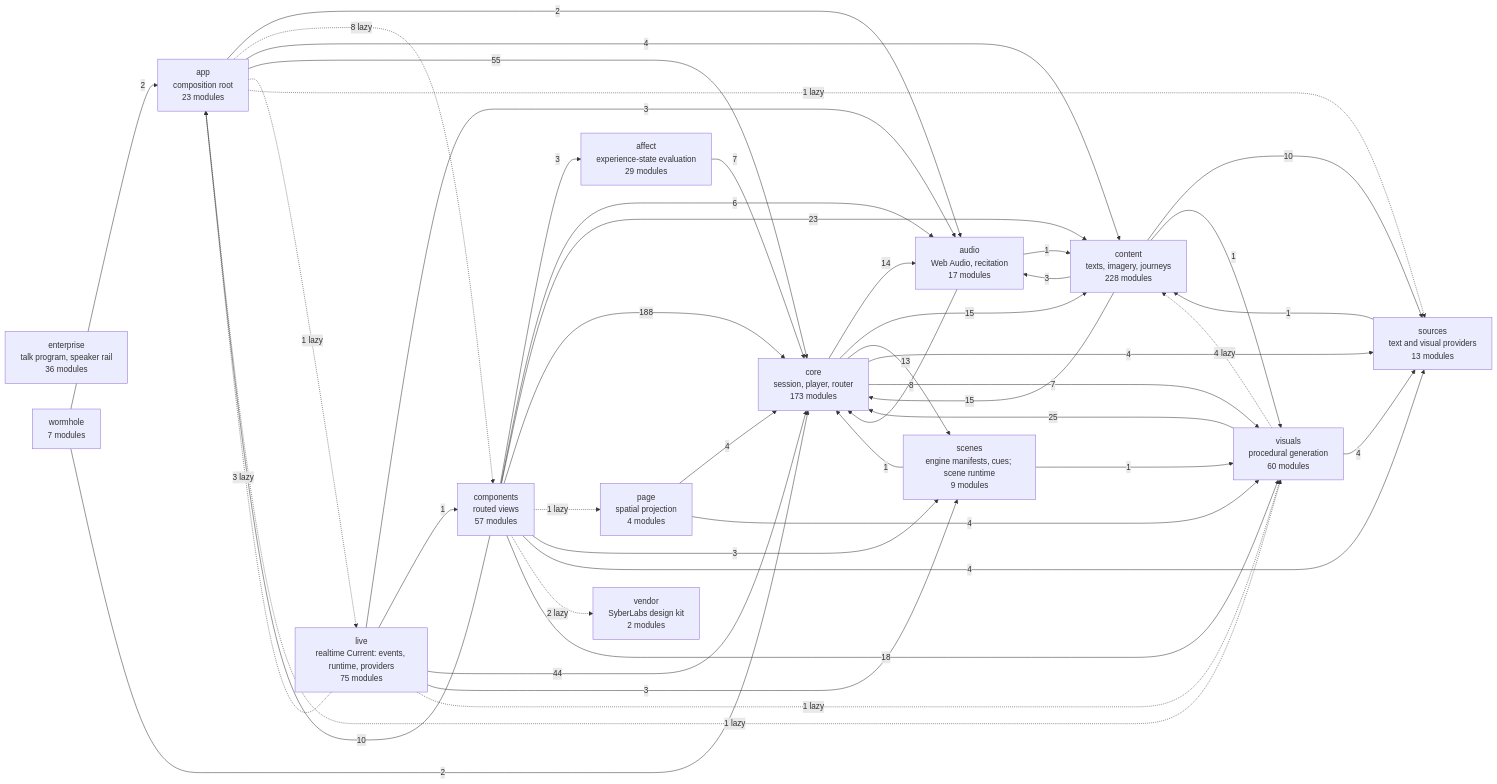
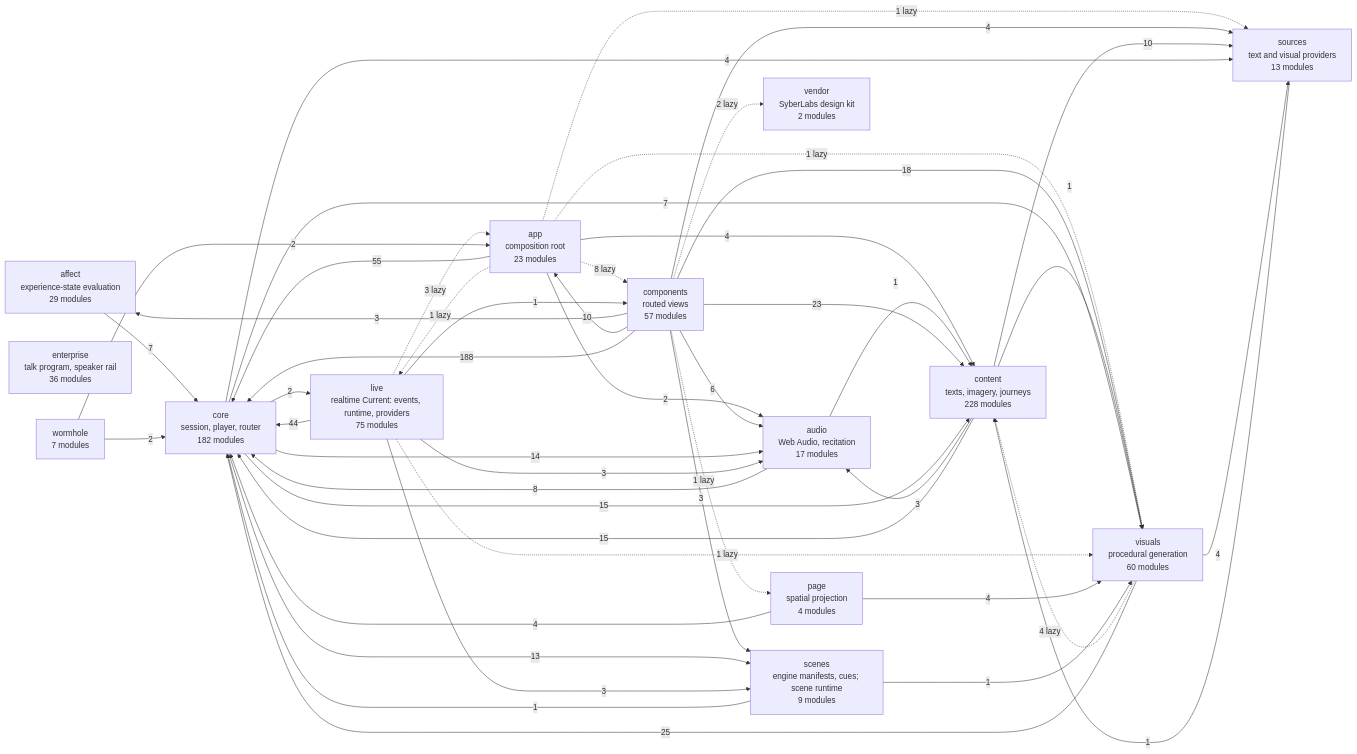
Before and after one commit to SyberLabs/RISE: the diagram in docs/specs/ARCHITECTURE.md, drawn with Mermaid. The commit also changed 28 other files, not shown here.

````diff
--- a/docs/specs/ARCHITECTURE.md
+++ b/docs/specs/ARCHITECTURE.md
@@ -161,63 +161,64 @@
 ```mermaid
 flowchart LR
     affect["affect<br/>experience-state evaluation<br/>29 modules"]
     app["app<br/>composition root<br/>23 modules"]
     audio["audio<br/>Web Audio, recitation<br/>17 modules"]
     components["components<br/>routed views<br/>57 modules"]
     content["content<br/>texts, imagery, journeys<br/>228 modules"]
-    core["core<br/>session, player, router<br/>173 modules"]
+    core["core<br/>session, player, router<br/>182 modules"]
     enterprise["enterprise<br/>talk program, speaker rail<br/>36 modules"]
     live["live<br/>realtime Current: events, runtime, providers<br/>75 modules"]
     page["page<br/>spatial projection<br/>4 modules"]
     scenes["scenes<br/>engine manifests, cues; scene runtime<br/>9 modules"]
     sources["sources<br/>text and visual providers<br/>13 modules"]
     vendor["vendor<br/>SyberLabs design kit<br/>2 modules"]
     visuals["visuals<br/>procedural generation<br/>60 modules"]
     wormhole["wormhole<br/>7 modules"]
 
     affect --> |7| core
     app --> |2| audio
     app -.-> |8 lazy| components
     app --> |4| content
     app --> |55| core
     app -.-> |1 lazy| live
     app -.-> |1 lazy| sources
     app -.-> |1 lazy| visuals
     audio --> |1| content
     audio --> |8| core
     components --> |3| affect
     components --> |10| app
     components --> |6| audio
     components --> |23| content
     components --> |188| core
     components -.-> |1 lazy| page
     components --> |3| scenes
     components --> |4| sources
     components -.-> |2 lazy| vendor
     components --> |18| visuals
     content --> |3| audio
     content --> |15| core
     content --> |10| sources
     content --> |1| visuals
     core --> |14| audio
     core --> |15| content
+    core --> |2| live
     core --> |13| scenes
     core --> |4| sources
     core --> |7| visuals
     live -.-> |3 lazy| app
     live --> |3| audio
     live --> |1| components
     live --> |44| core
     live --> |3| scenes
     live -.-> |1 lazy| visuals
     page --> |4| core
     page --> |4| visuals
     scenes --> |1| core
     scenes --> |1| visuals
     sources --> |1| content
     visuals -.-> |4 lazy| content
     visuals --> |25| core
     visuals --> |4| sources
     wormhole --> |2| app
     wormhole --> |2| core
 ```
````
